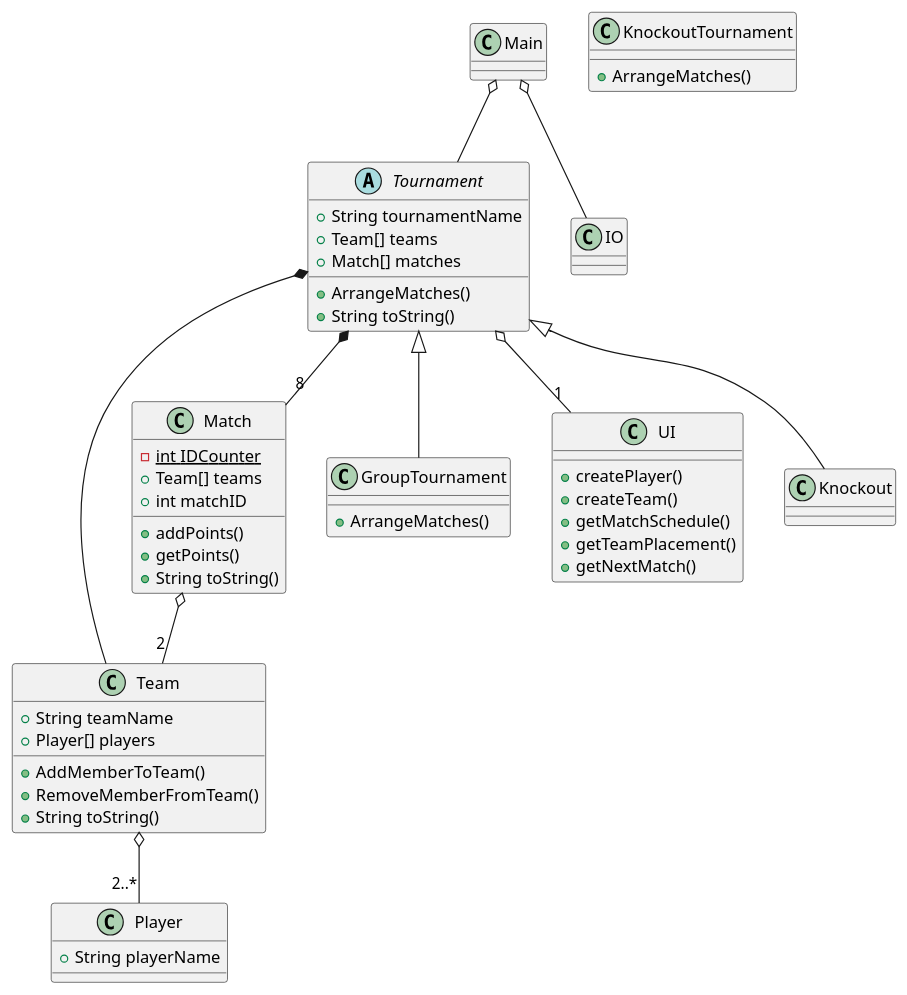
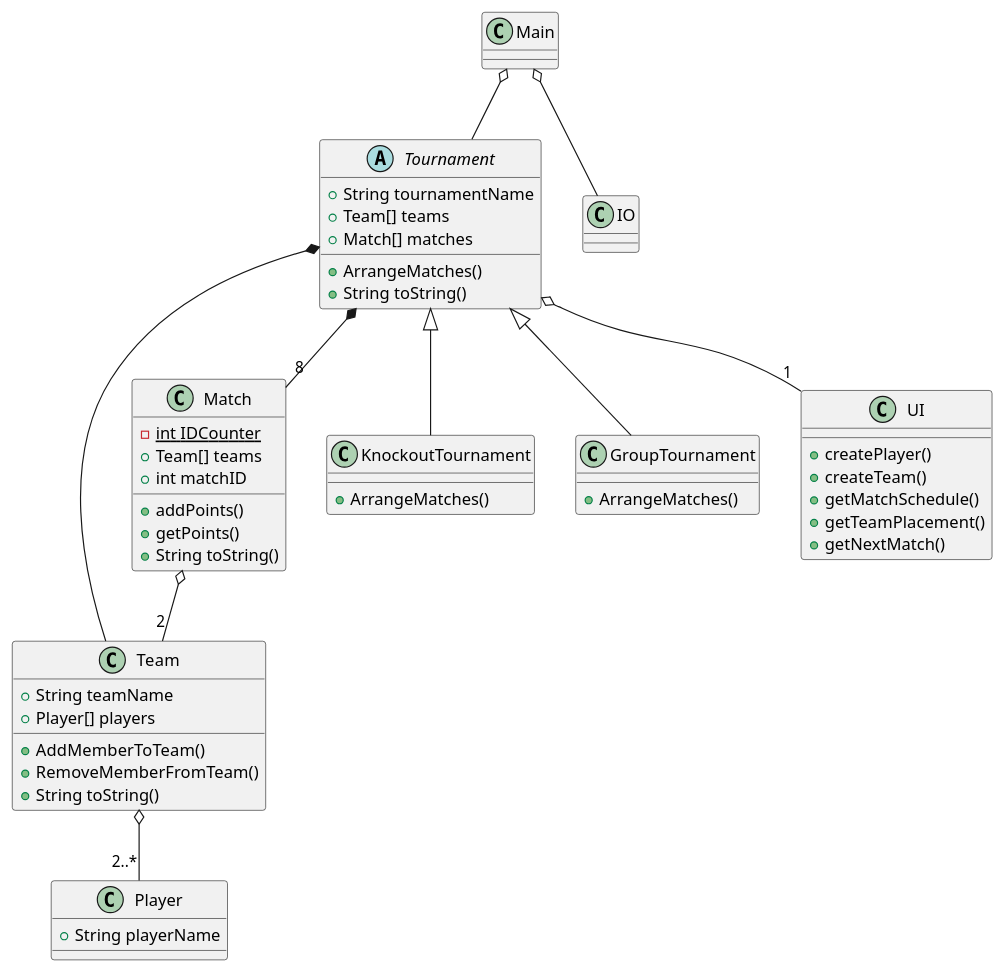
Before and after one commit to DeRp-DaWg/SP3: the diagram in doc/Class.puml, drawn with PlantUML.

Commit message:
Lavet af Andreas

```diff
--- a/doc/Class.puml
+++ b/doc/Class.puml
@@ -1,66 +1,66 @@
 @startuml
 'https://plantuml.com/class-diagram
 
 
 class Player {
 +String playerName
 }
 
 class Team {
 +String teamName
 +Player[] players
 +AddMemberToTeam()
 +RemoveMemberFromTeam()
 +String toString()
 }
 
 class Match{
 -int {static} IDCounter
 +Team[] teams
 +int matchID
 +addPoints()
 +getPoints()
 +String toString()
 }
 
 abstract Tournament {
 +String tournamentName
 +Team[] teams
 +Match[] matches
 +ArrangeMatches()
 +String toString()
 }
 
 class KnockoutTournament{
 +ArrangeMatches()
 }
 
 class GroupTournament{
 +ArrangeMatches()
 }
 
 class UI {
 +createPlayer()
 +createTeam()
 +getMatchSchedule()
 +getTeamPlacement()
 +getNextMatch()
 }
 
 class IO {
 }
 
 class Main{
 }
 
 Main o-- Tournament
 Main o-- IO
 Tournament o-- "1" UI
 Tournament *-- "8" Match
 Tournament *-- Team
 Match o-- "2" Team
 Team o-- "2..*" Player
-Tournament <|-- Knockout
+Tournament <|-- KnockoutTournament
 Tournament <|-- GroupTournament
 
 @enduml
```
